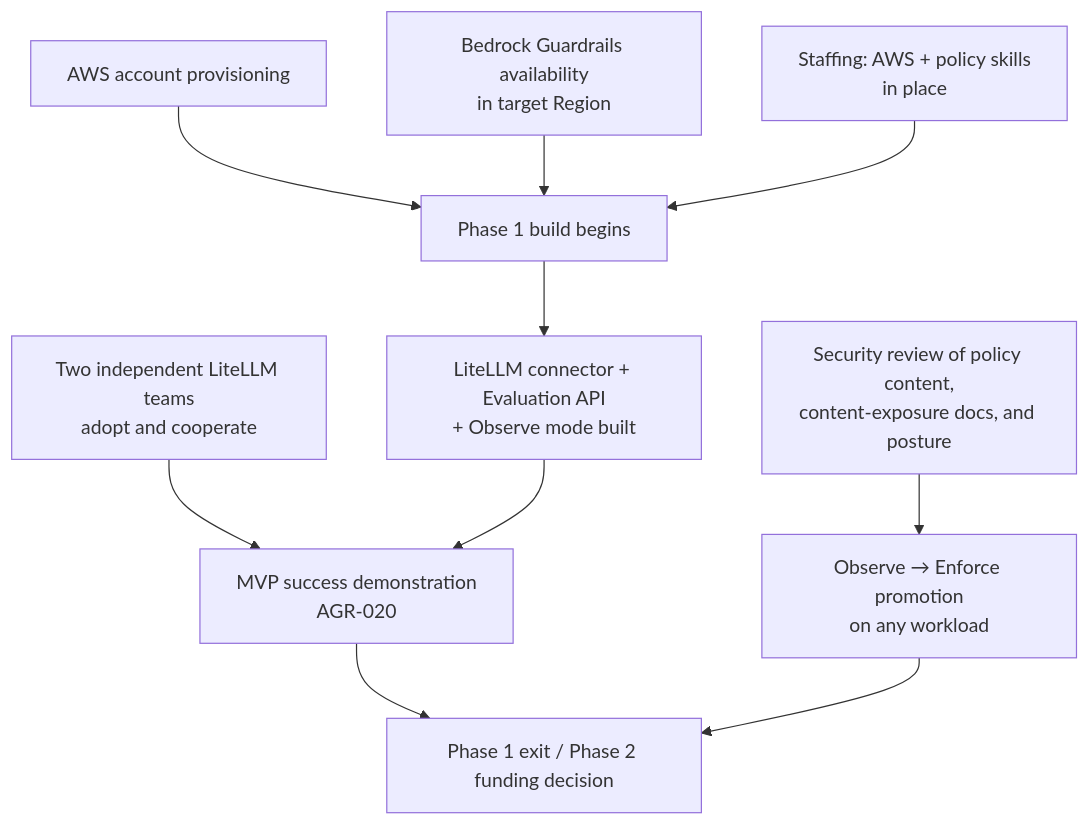
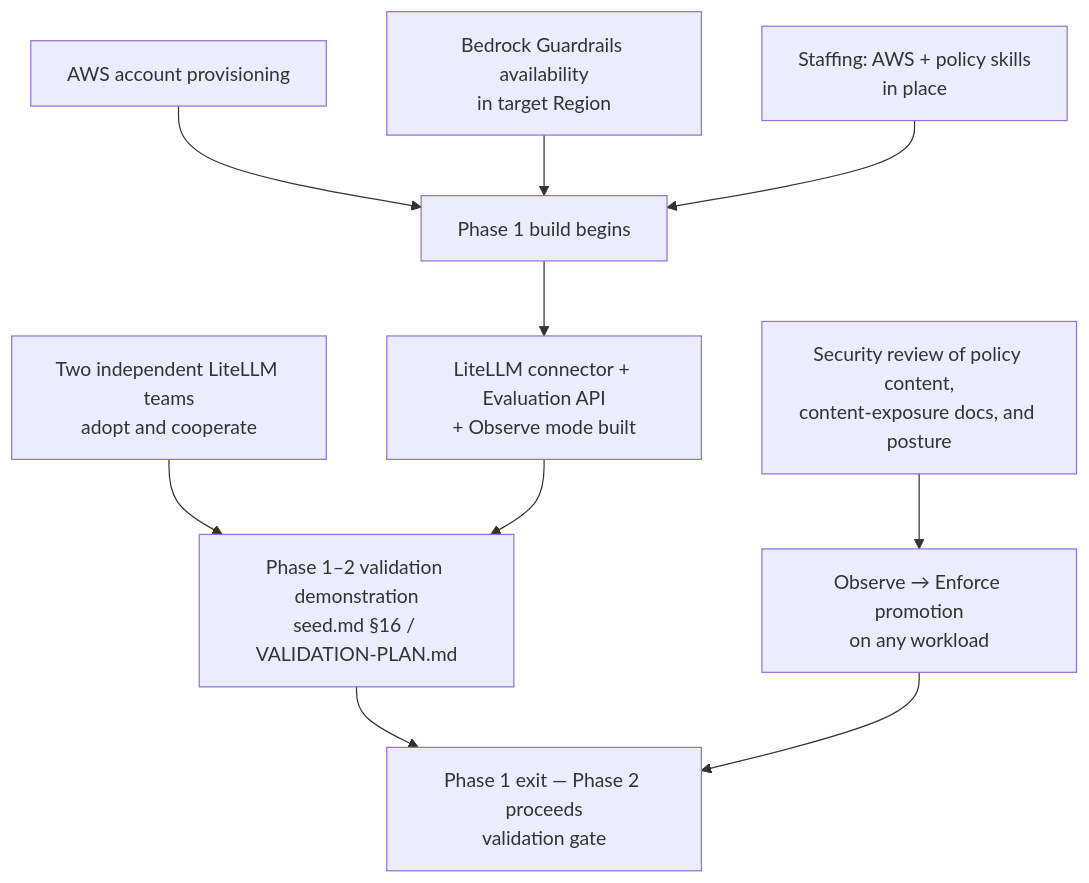
Before and after one commit to veglezMX/guardrails: the diagram in solution-docs/30-executive/RISKS-AND-DEPENDENCIES.md, drawn with Mermaid. The commit also changed other lines of this file and 70 other files, not shown here.

````diff
--- a/solution-docs/30-executive/RISKS-AND-DEPENDENCIES.md
+++ b/solution-docs/30-executive/RISKS-AND-DEPENDENCIES.md
@@ -72,12 +72,12 @@
 ```mermaid
 flowchart TD
     A[AWS account provisioning] --> D[Phase 1 build begins]
     B[Bedrock Guardrails availability<br/>in target Region] --> D
     E[Staffing: AWS + policy skills<br/>in place] --> D
     D --> F[LiteLLM connector + Evaluation API<br/>+ Observe mode built]
-    C[Two independent LiteLLM teams<br/>adopt and cooperate] --> G[MVP success demonstration<br/>AGR-020]
+    C[Two independent LiteLLM teams<br/>adopt and cooperate] --> G[Phase 1–2 validation demonstration<br/>seed.md §16 / VALIDATION-PLAN.md]
     F --> G
     S[Security review of policy content,<br/>content-exposure docs, and posture] --> H[Observe → Enforce promotion<br/>on any workload]
-    G --> I[Phase 1 exit / Phase 2 funding decision]
+    G --> I[Phase 1 exit — Phase 2 proceeds<br/>validation gate]
     H --> I
 ```
````
